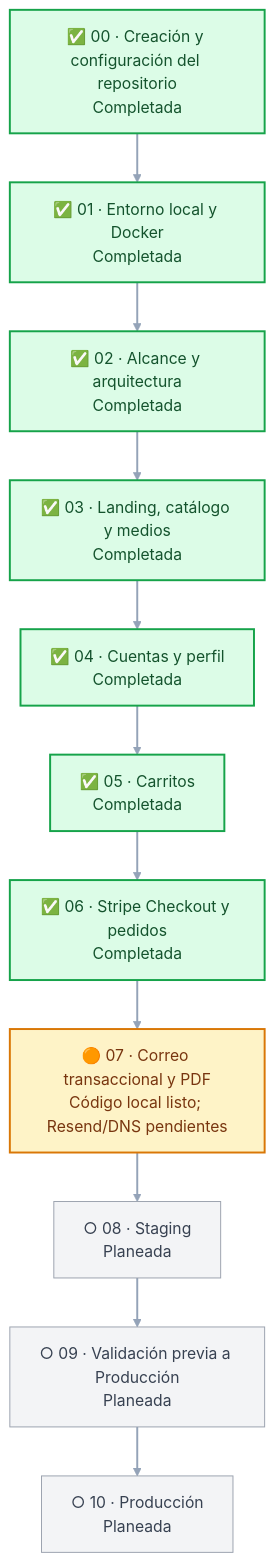
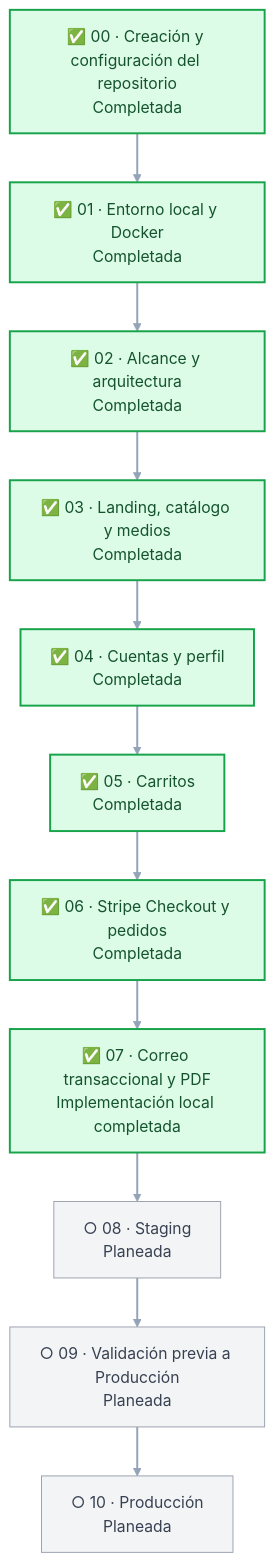
Before and after one commit to sadamlg/sr_del_mictlan: the diagram in docs/ROADMAP.md, drawn with Mermaid. The commit also changed other lines of this file, not shown here.

Commit message:
docs: close phase 07 and defer Resend verification to staging

````diff
--- a/docs/ROADMAP.md
+++ b/docs/ROADMAP.md
@@ -23,24 +23,23 @@
 ```mermaid
 flowchart TB
     p00["✅ 00 · Creación y configuración del repositorio<br/>Completada"] --> p01
     p01["✅ 01 · Entorno local y Docker<br/>Completada"] --> p02["✅ 02 · Alcance y arquitectura<br/>Completada"]
     p02 --> p03["✅ 03 · Landing, catálogo y medios<br/>Completada"]
     p03 --> p04["✅ 04 · Cuentas y perfil<br/>Completada"]
     p04 --> p05["✅ 05 · Carritos<br/>Completada"]
     p05 --> p06["✅ 06 · Stripe Checkout y pedidos<br/>Completada"]
-    p06 --> p07["🟠 07 · Correo transaccional y PDF<br/>Código local listo; Resend/DNS pendientes"]
+    p06 --> p07["✅ 07 · Correo transaccional y PDF<br/>Implementación local completada"]
     p07 --> p08["○ 08 · Staging<br/>Planeada"]
     p08 --> p09["○ 09 · Validación previa a Producción<br/>Planeada"]
     p09 --> p10["○ 10 · Producción<br/>Planeada"]
 
     classDef completed fill:#dcfce7,stroke:#16a34a,color:#14532d,stroke-width:2px;
     classDef active fill:#fef3c7,stroke:#d97706,color:#78350f,stroke-width:2px;
     classDef restart fill:#ede9fe,stroke:#7c3aed,color:#4c1d95,stroke-width:2px;
     classDef planned fill:#f3f4f6,stroke:#9ca3af,color:#374151;
 
-    class p00,p01,p02,p03,p04,p05,p06 completed;
-    class p07 active;
+    class p00,p01,p02,p03,p04,p05,p06,p07 completed;
     class p08,p09,p10 planned;
 
     linkStyle default stroke:#94a3b8,stroke-width:2px;
 ```
````
